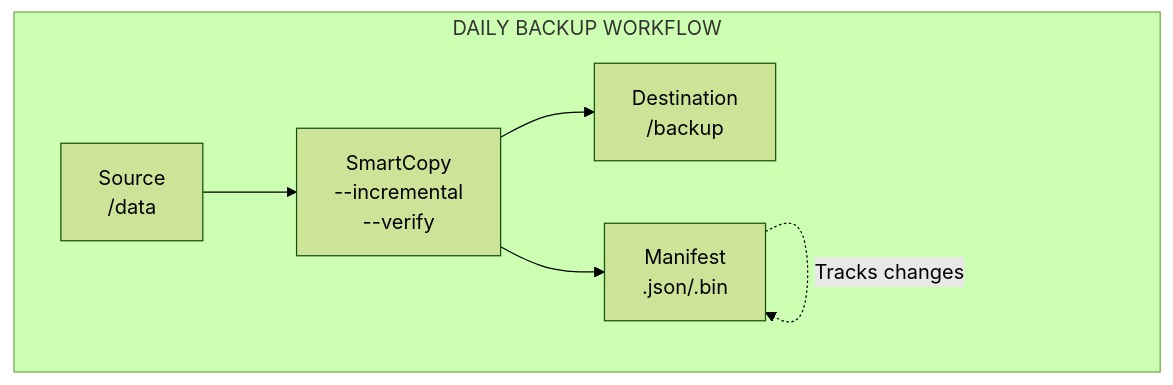
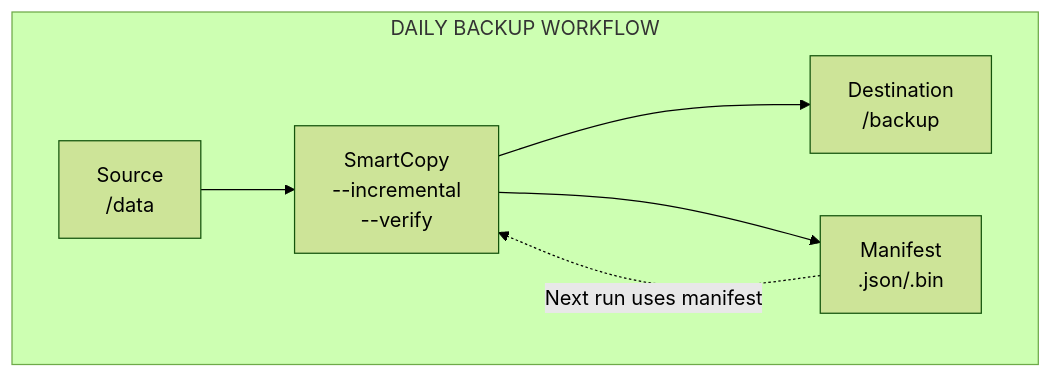
The first of 9 diagrams in README.md (gustcol/smartcopy), drawn with Mermaid (forest theme) before and after one commit. The commit also changed other lines of this file, not shown here.

````diff
--- a/README.md
+++ b/README.md
@@ -193,9 +193,9 @@
 ```mermaid
 flowchart TD
     subgraph DAILY_BACKUP["DAILY BACKUP WORKFLOW"]
         A[Source<br>/data] --> B[SmartCopy<br>--incremental<br>--verify]
         B --> C[Destination<br>/backup]
         B --> D[Manifest<br>.json/.bin]
-        D -.-> |Tracks changes| D
+        D -.-> |Next run uses manifest| B
     end
 ```
````
